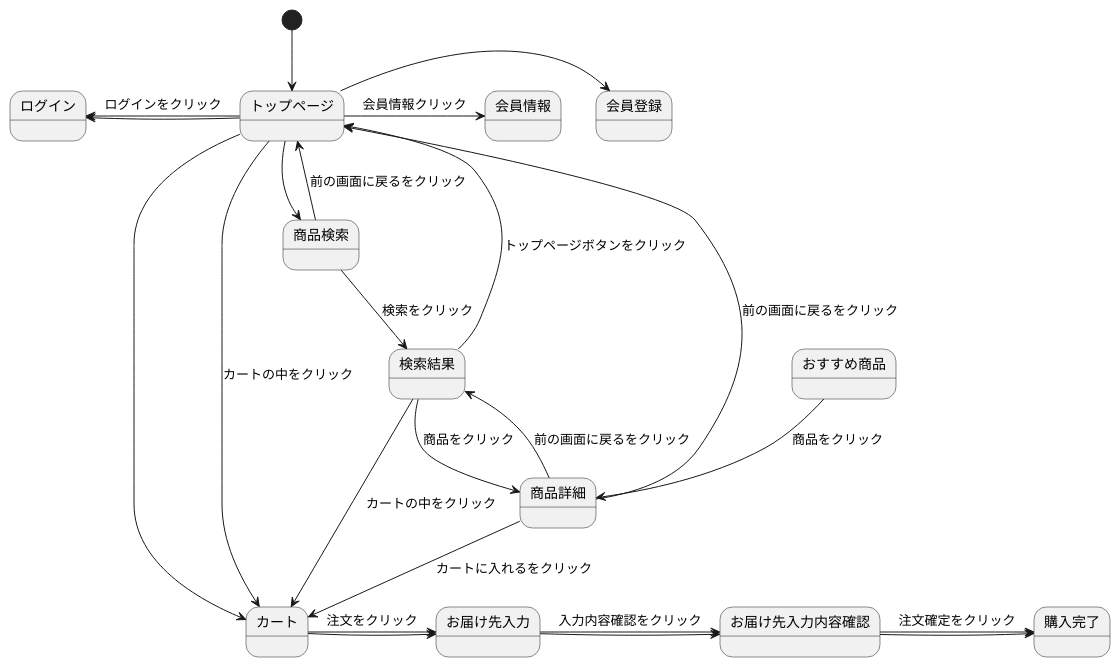
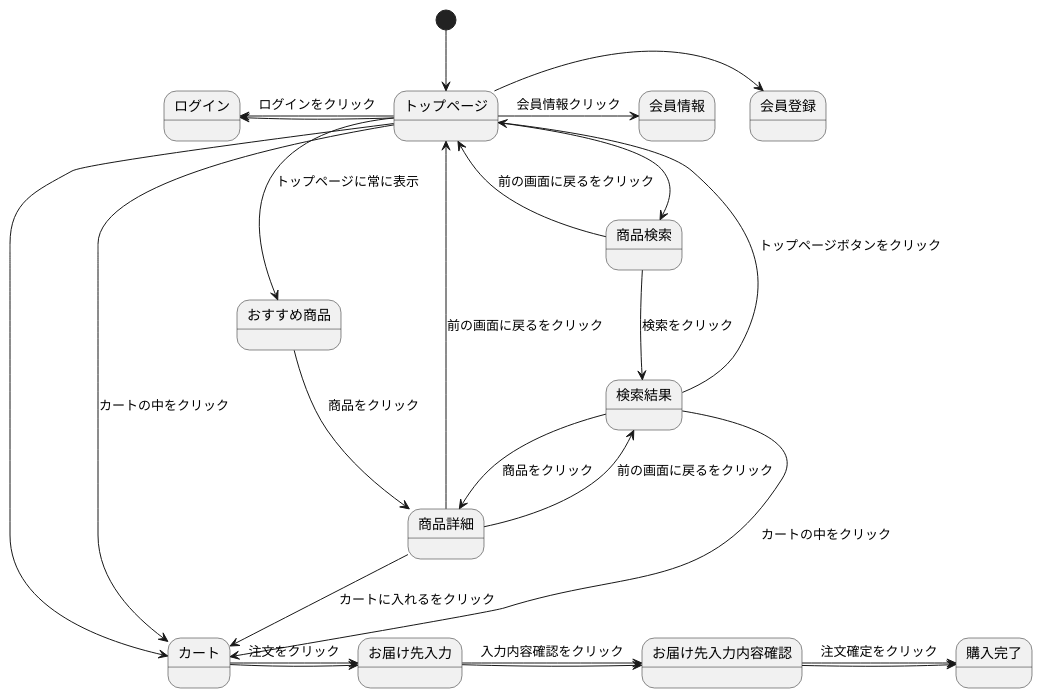
One commit to Aso2001163/2021sys-design changed the diagram in myhp.md. Above: the diagram before and after it, drawn with PlantUML.

````diff
--- a/myhp.md
+++ b/myhp.md
@@ -1,28 +1,29 @@
 ```uml
 @startuml
 [*] --> トップページ
 トップページ -> 会員登録
 トップページ -left-> ログイン
 トップページ --> カート
 トップページ -->商品検索
+トップページ-->おすすめ商品 : トップページに常に表示
 商品検索-->検索結果 :検索をクリック
 商品検索-->トップページ : 前の画面に戻るをクリック
 検索結果-->カート :カートの中をクリック
 検索結果-->商品詳細 : 商品をクリック
 検索結果-->トップページ : トップページボタンをクリック
 
 カート -> お届け先入力
 お届け先入力 -> お届け先入力内容確認
 お届け先入力内容確認 -> 購入完了
 トップページ -> 会員情報 : 会員情報クリック
 トップページ -left-> ログイン : ログインをクリック
 おすすめ商品 --> 商品詳細 : 商品をクリック
 トップページ --> カート : カートの中をクリック
 商品詳細 --> カート : カートに入れるをクリック
 商品詳細 --> トップページ : 前の画面に戻るをクリック
 商品詳細-->検索結果 : 前の画面に戻るをクリック
 カート -> お届け先入力 : 注文をクリック
 お届け先入力 -> お届け先入力内容確認 : 入力内容確認をクリック
 お届け先入力内容確認 -> 購入完了 : 注文確定をクリック
 @enduml
 ```
````
